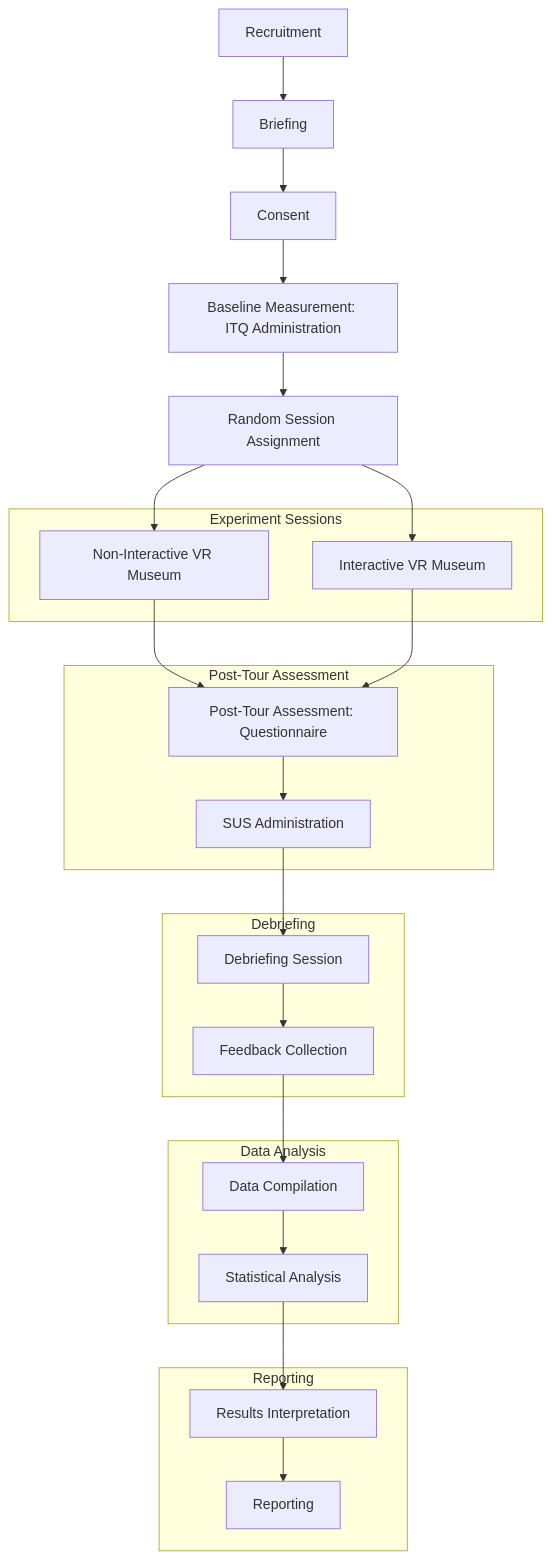
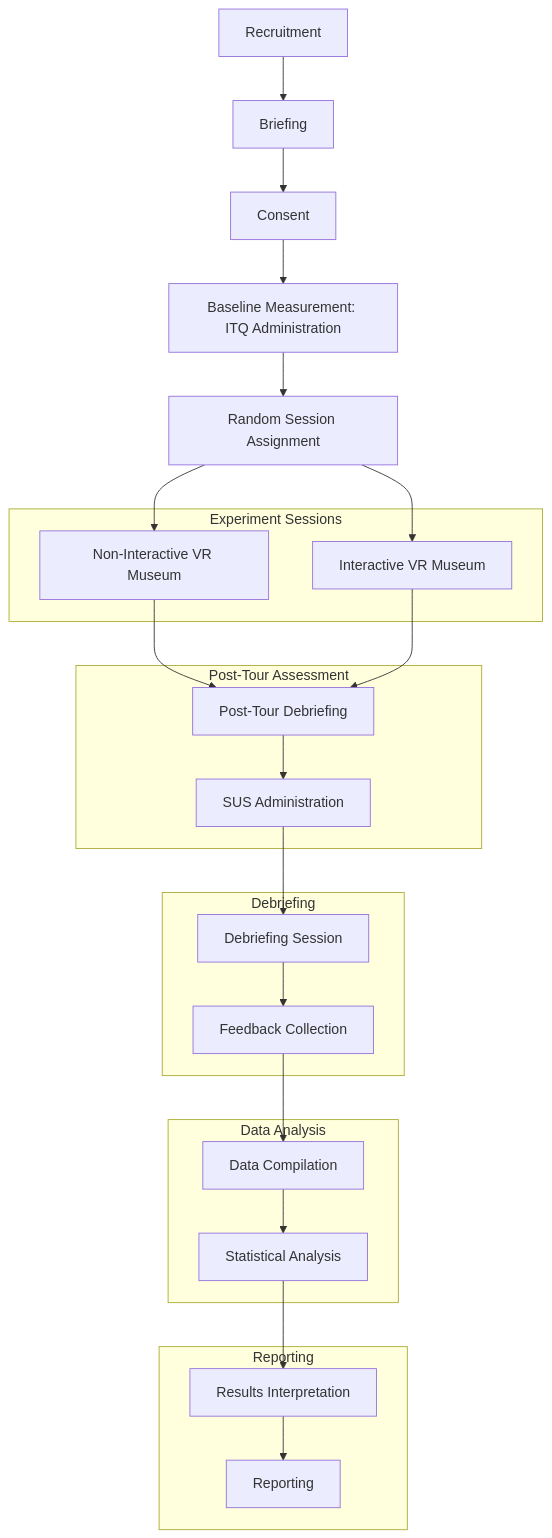
The diagram in README.md (tdpg20232a/final-project-bali-aga), drawn with Mermaid before and after one commit. The commit also changed other lines of this file, not shown here.

````diff
--- a/README.md
+++ b/README.md
@@ -155,43 +158,43 @@
 ```mermaid
 graph TD;
     A[Recruitment] --> B[Briefing]
     B --> C[Consent]
     C --> D[Baseline Measurement: ITQ Administration]
     D --> E[Random Session Assignment]
     E --> F[Non-Interactive VR Museum]
     E --> G[Interactive VR Museum]
-    F --> H[Post-Tour Assessment: Questionnaire]
+    F --> H[Post-Tour Debriefing]
     G --> H
     H --> I[SUS Administration]
     I --> J[Debriefing Session]
     J --> K[Feedback Collection]
     K --> L[Data Compilation]
     L --> M[Statistical Analysis]
     M --> N[Results Interpretation]
     N --> O[Reporting]
 
     subgraph Experiment Sessions
         F
         G
     end
 
     subgraph Post-Tour Assessment
         H
         I
     end
 
     subgraph Debriefing
         J
         K
     end
 
     subgraph Data Analysis
         L
         M
     end
 
     subgraph Reporting
         N
         O
     end
 ```
````
